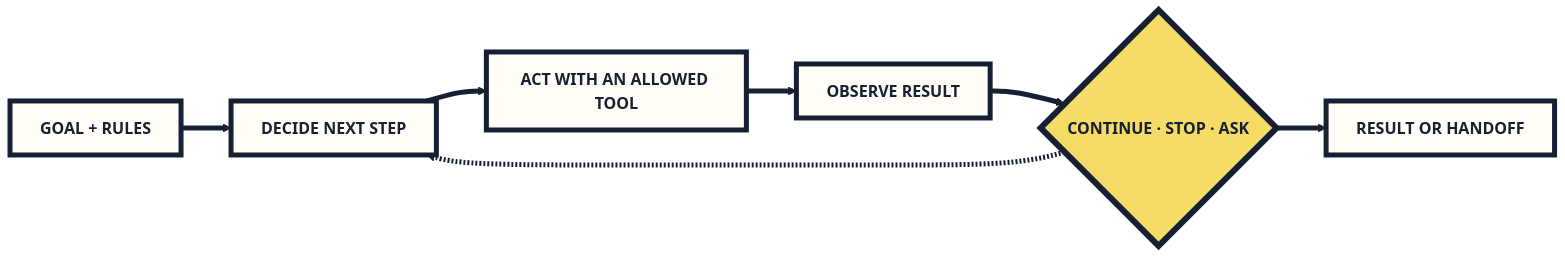
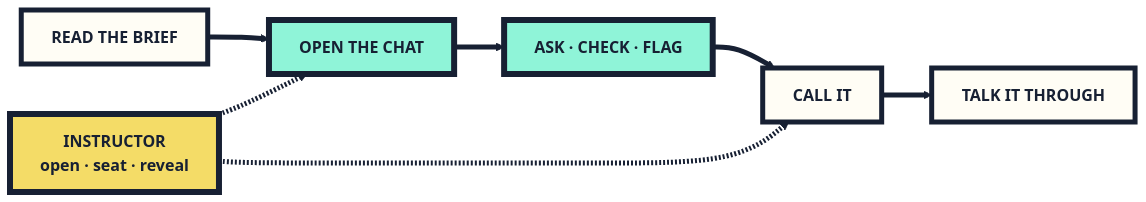
Before and after one commit to clg236/applied-generative-ai-course-students: the second of 4 diagrams in slides/session-1/morning.md, drawn with Mermaid (neutral theme). The commit also changed other lines of this file and 59 other files, not shown here.

````diff
--- a/slides/session-1/morning.md
+++ b/slides/session-1/morning.md
@@ -397,13 +422,14 @@
 ```mermaid
 flowchart LR
-  accTitle: A controlled agent loop
-  accDescr: An agent follows a goal and rules, decides a next step, acts with an allowed tool, observes the result, and then continues, stops, or asks a person before producing a result or handoff.
-  G["GOAL + RULES"] --> D["DECIDE NEXT STEP"] --> A["ACT WITH AN ALLOWED TOOL"]
-  A --> O["OBSERVE RESULT"] --> C{"CONTINUE · STOP · ASK"}
-  C -.-> D
-  C --> R["RESULT OR HANDOFF"]
+  accTitle: Icerynk live simulation flow
+  accDescr: Students read a brief, open a support chat, ask questions and check each answer against the published policy, then call whether they were talking to a person or a machine, and finally join a class debrief. The instructor opens the desk, seats the operators, and reveals the answer.
+  C["READ THE BRIEF"] --> L["OPEN THE CHAT"] --> R["ASK · CHECK · FLAG"] --> E["CALL IT"] --> D["TALK IT THROUGH"]
+  I["INSTRUCTOR<br/>open · seat · reveal"] -.-> L
+  I -.-> E
   classDef default fill:#fffdf5,stroke:#172033,stroke-width:5px,color:#172033,font-weight:900,rx:0px,ry:0px;
-  classDef focus fill:#f4dc67,stroke:#172033,stroke-width:6px,color:#172033,font-weight:900,rx:0px,ry:0px;
-  class C focus
+  classDef focus fill:#8ff4d8,stroke:#172033,stroke-width:6px,color:#172033,font-weight:900,rx:0px,ry:0px;
+  classDef instructor fill:#f4dc67,stroke:#172033,stroke-width:6px,color:#172033,font-weight:900,rx:0px,ry:0px;
+  class L,R focus
+  class I instructor
   linkStyle default stroke:#172033,stroke-width:5px;
 ```
````
